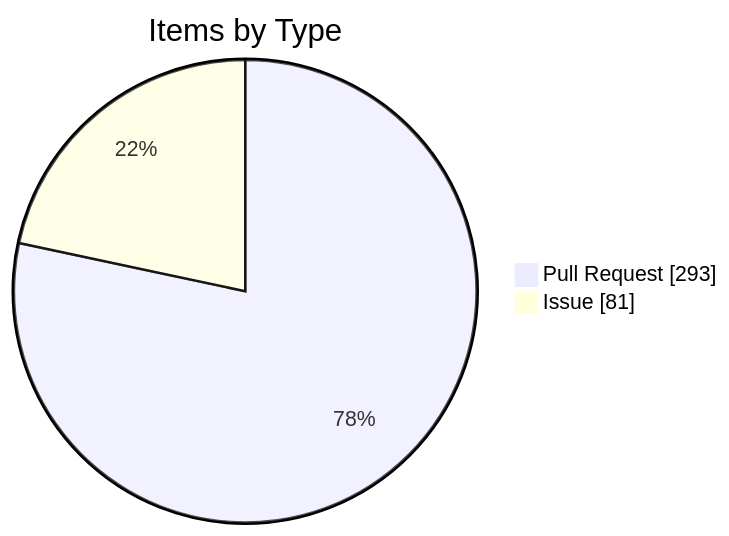
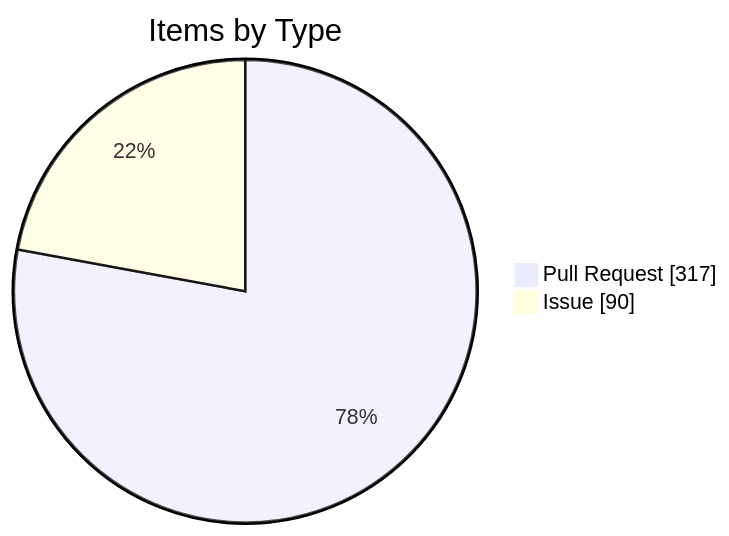
Before and after one commit to KBVE/kbve: the fourth of 4 diagrams in apps/kbve/astro-kbve/src/content/docs/dashboard/kanban-data.mdx, drawn with Mermaid. The commit also changed other lines of this file and 7 other files, not shown here.

````diff
--- a/apps/kbve/astro-kbve/src/content/docs/dashboard/kanban-data.mdx
+++ b/apps/kbve/astro-kbve/src/content/docs/dashboard/kanban-data.mdx
@@ -116,6 +116,6 @@
 ```mermaid
 pie showData
     title Items by Type
-    "Pull Request" : 293
-    "Issue" : 81
+    "Pull Request" : 317
+    "Issue" : 90
 ```
````
